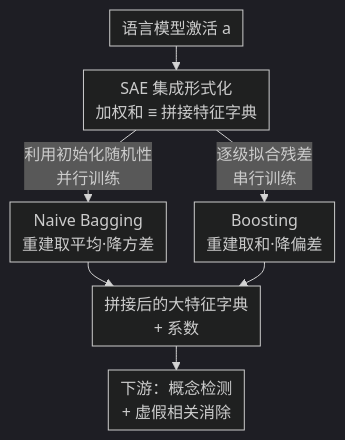
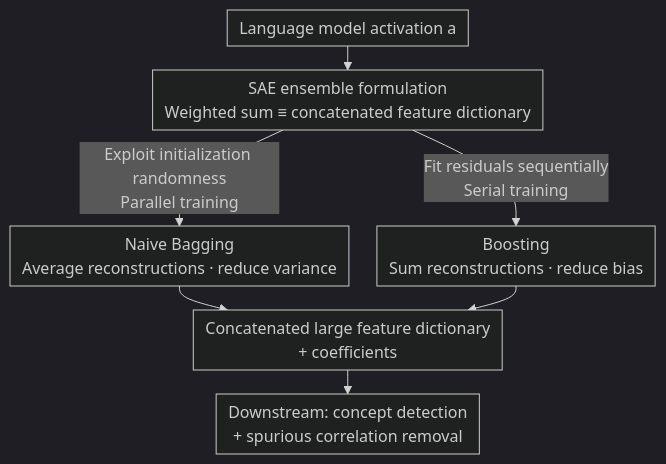
The diagram in docs/ICML2026/interpretability/ensembling_sparse_autoencoders.md (zhaoyang97/Paper-Notes-en), drawn with Mermaid (dark theme) before and after one commit. The commit also changed 644 other files, not shown here.

````diff
--- a/docs/ICML2026/interpretability/ensembling_sparse_autoencoders.md
+++ b/docs/ICML2026/interpretability/ensembling_sparse_autoencoders.md
@@ -49,10 +49,10 @@
 ```mermaid
 %%{init: {'flowchart': {'rankSpacing': 24, 'nodeSpacing': 28, 'padding': 6, 'wrappingWidth': 400}}}%%
 flowchart TD
-    A["语言模型激活 a"] --> B["SAE 集成形式化<br/>加权和 ≡ 拼接特征字典"]
-    B -->|"利用初始化随机性<br/>并行训练"| C["Naive Bagging<br/>重建取平均·降方差"]
-    B -->|"逐级拟合残差<br/>串行训练"| D["Boosting<br/>重建取和·降偏差"]
-    C --> E["拼接后的大特征字典<br/>+ 系数"]
+    A["Language model activation a"] --> B["SAE ensemble formulation<br/>Weighted sum ≡ concatenated feature dictionary"]
+    B -->|"Exploit initialization randomness<br/>Parallel training"| C["Naive Bagging<br/>Average reconstructions · reduce variance"]
+    B -->|"Fit residuals sequentially<br/>Serial training"| D["Boosting<br/>Sum reconstructions · reduce bias"]
+    C --> E["Concatenated large feature dictionary<br/>+ coefficients"]
     D --> E
-    E --> F["下游：概念检测<br/>+ 虚假相关消除"]
+    E --> F["Downstream: concept detection<br/>+ spurious correlation removal"]
 ```
````
